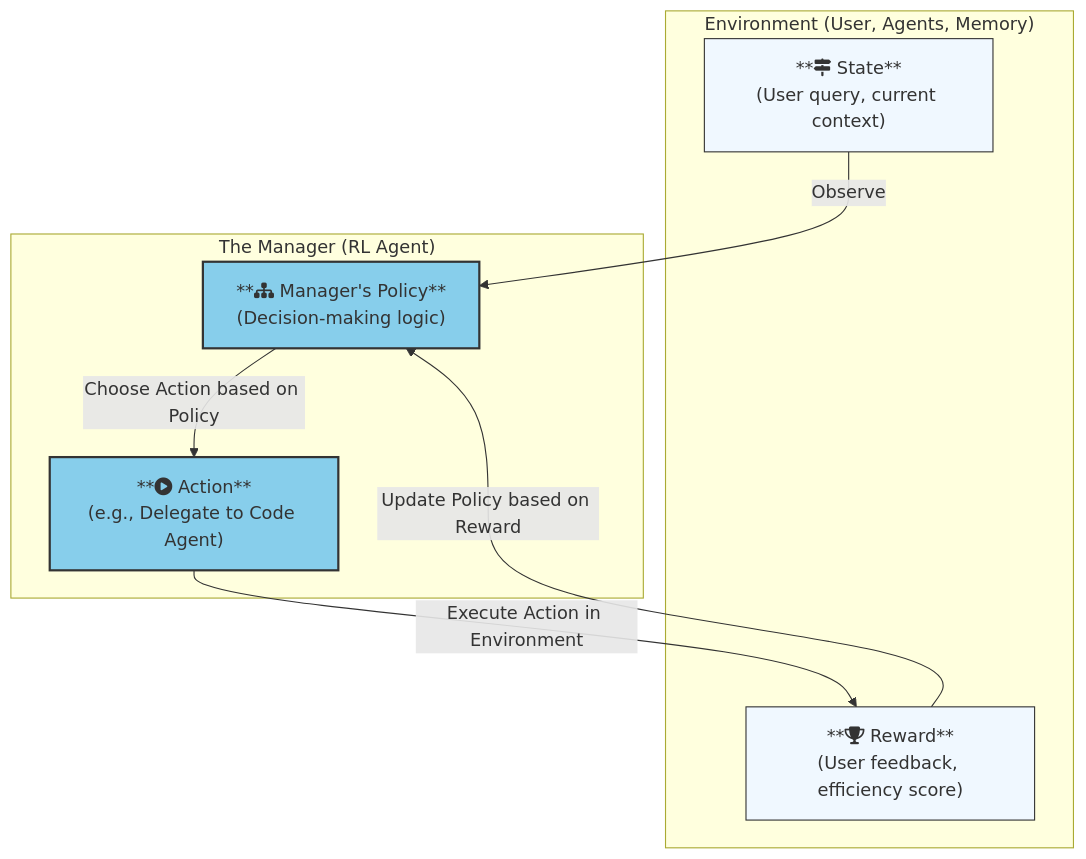
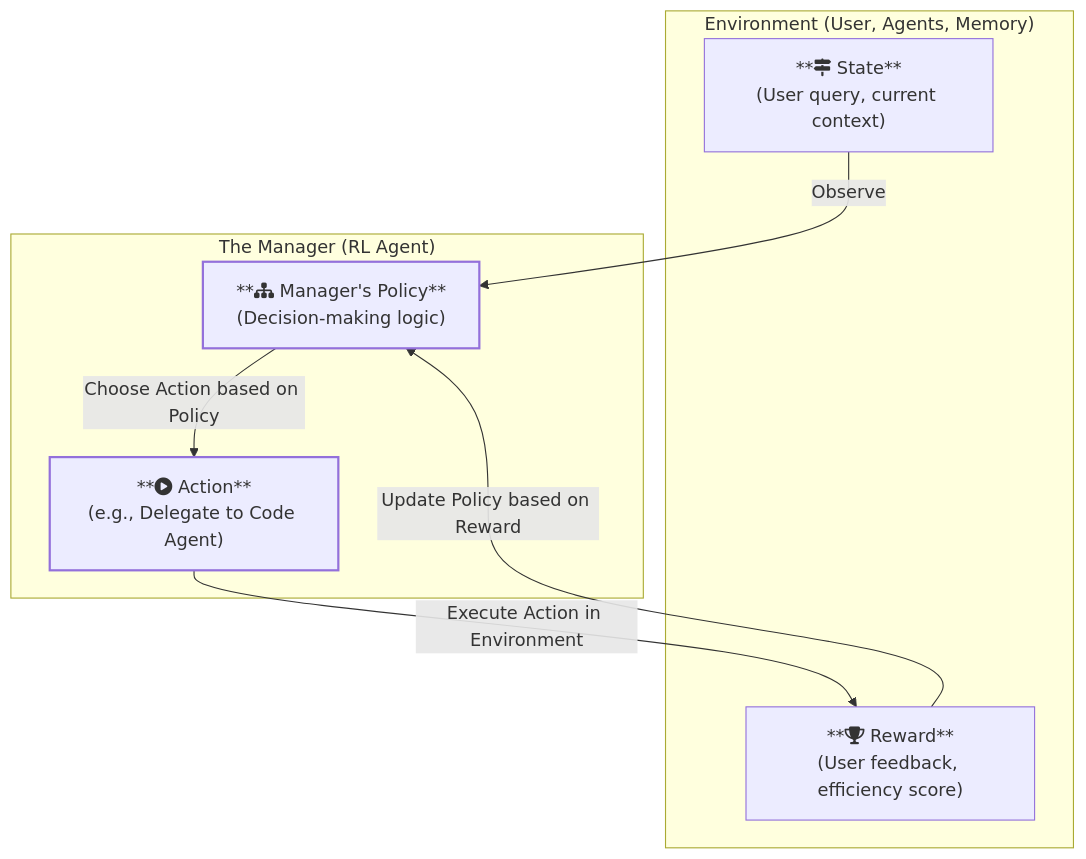
One commit to halmousama/OAC changed the third of 3 diagrams in PAPER-EN.md. Above: the diagram before and after it, drawn with Mermaid. The commit also changed other lines of this file and 5 other files, not shown here.

Commit message:
Enhance the diagrams colors.

````diff
--- a/PAPER-EN.md
+++ b/PAPER-EN.md
@@ -112,23 +112,23 @@
 ```mermaid
 graph TD
     subgraph "Environment (User, Agents, Memory)"
         S["**fa:fa-map-signs State**<br/>(User query, current context)"]
         R["**fa:fa-trophy Reward**<br/>(User feedback, efficiency score)"]
     end
     
     subgraph "The Manager (RL Agent)"
         M["**fa:fa-sitemap Manager's Policy**<br/>(Decision-making logic)"]
         A["**fa:fa-play-circle Action**<br/>(e.g., Delegate to Code Agent)"]
     end
     
     S -- "Observe" --> M
     M -- "Choose Action based on Policy" --> A
     A -- "Execute Action in Environment" --> R
     R -- "Update Policy based on Reward" --> M
     
-    classDef manager fill:#87CEEB,stroke:#333,stroke-width:2px;
-    classDef env fill:#F0F8FF,stroke:#333,stroke-width:1px;
+    classDef manager stroke-width:2px;
+    classDef env stroke-width:1px;
     
     class S,R env;
     class M,A manager;
 ```
````
